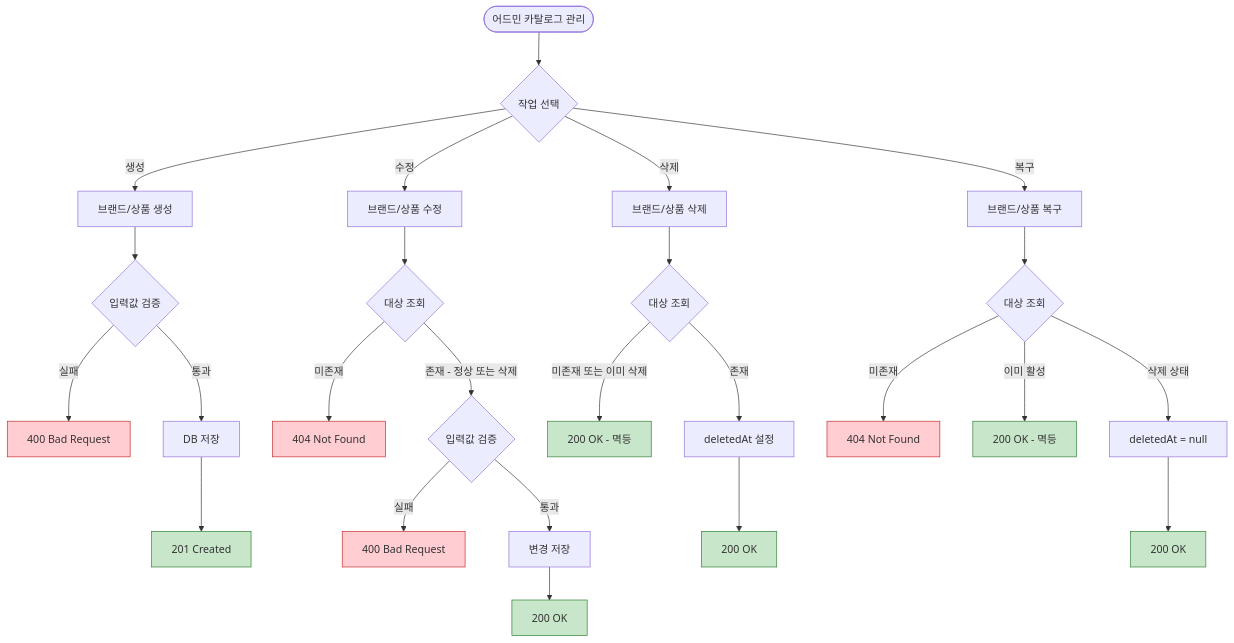
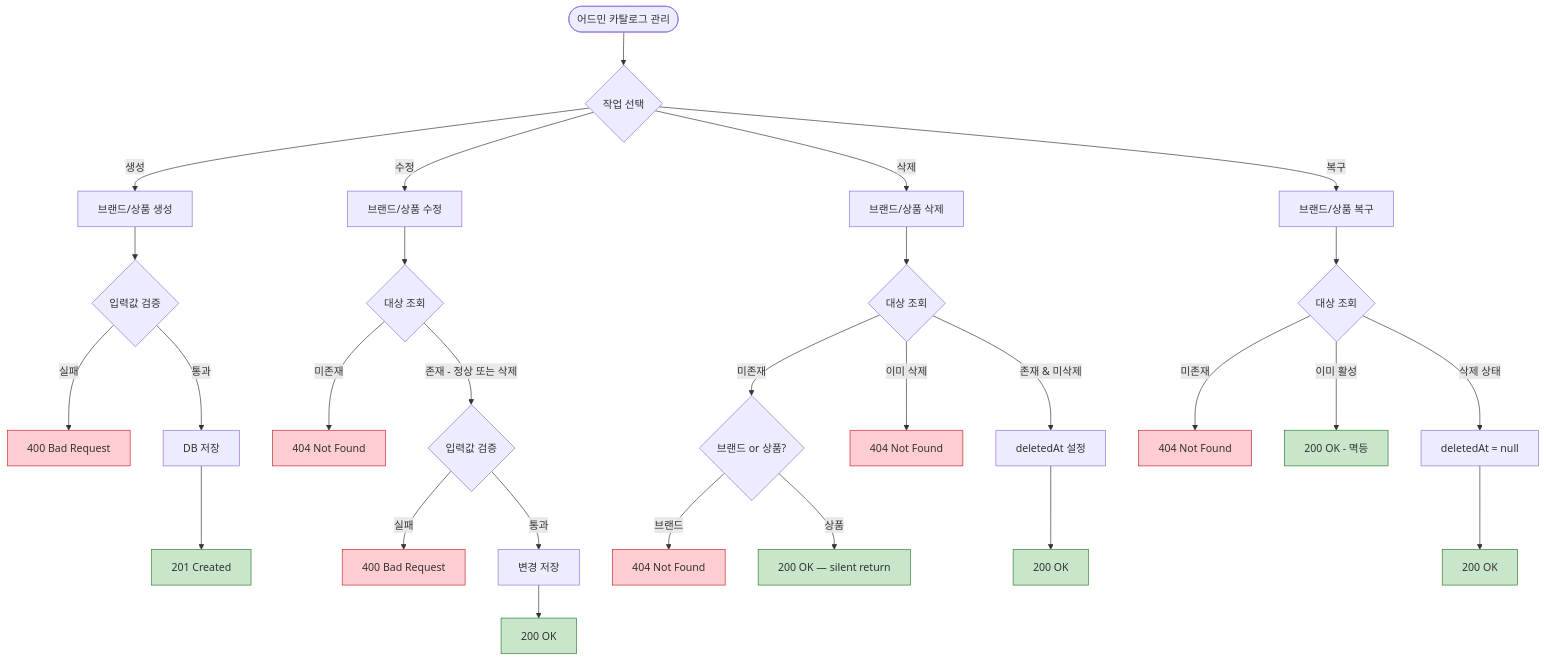
One commit to Loopers-dev-lab/loop-pack-be-l2-vol3-kotlin changed the sixth of 6 diagrams in docs/design/05-flowcharts.md. Above: the diagram before and after it, drawn with Mermaid. The commit also changed other lines of this file and 6 other files, not shown here.

````diff
--- a/docs/design/05-flowcharts.md
+++ b/docs/design/05-flowcharts.md
@@ -193,34 +205,37 @@
 ```mermaid
 flowchart TB
     Start([어드민 카탈로그 관리]) --> Select{작업 선택}
 
     Select -->|생성| Create[브랜드/상품 생성]
     Create --> ValidCreate{입력값 검증}
     ValidCreate -->|실패| Err400_1[400 Bad Request]:::error
     ValidCreate -->|통과| SaveNew[DB 저장]
     SaveNew --> Success201[201 Created]:::success
 
     Select -->|수정| Update[브랜드/상품 수정]
     Update --> FindForUpdate{대상 조회}
     FindForUpdate -->|미존재| Err404_1[404 Not Found]:::error
     FindForUpdate -->|존재 - 정상 또는 삭제| ValidUpdate{입력값 검증}
     ValidUpdate -->|실패| Err400_2[400 Bad Request]:::error
     ValidUpdate -->|통과| SaveUpdate[변경 저장]
     SaveUpdate --> Success200_1[200 OK]:::success
 
     Select -->|삭제| Delete[브랜드/상품 삭제]
     Delete --> FindForDelete{대상 조회}
-    FindForDelete -->|미존재 또는 이미 삭제| Success200_2[200 OK - 멱등]:::success
-    FindForDelete -->|존재| SoftDel[deletedAt 설정]
+    FindForDelete -->|미존재| DeleteNotFound{브랜드 or 상품?}
+    DeleteNotFound -->|브랜드| Err404_brand[404 Not Found]:::error
+    DeleteNotFound -->|상품| Success200_silent[200 OK — silent return]:::success
+    FindForDelete -->|이미 삭제| Err404_deleted[404 Not Found]:::error
+    FindForDelete -->|존재 & 미삭제| SoftDel[deletedAt 설정]
     SoftDel --> Success200_3[200 OK]:::success
 
     Select -->|복구| Restore[브랜드/상품 복구]
     Restore --> FindForRestore{대상 조회}
     FindForRestore -->|미존재| Err404_2[404 Not Found]:::error
     FindForRestore -->|이미 활성| Success200_4[200 OK - 멱등]:::success
     FindForRestore -->|삭제 상태| RestoreEntity[deletedAt = null]
     RestoreEntity --> Success200_5[200 OK]:::success
 
     classDef success fill:#c8e6c9,stroke:#2e7d32
     classDef error fill:#ffcdd2,stroke:#c62828
 ```
````
